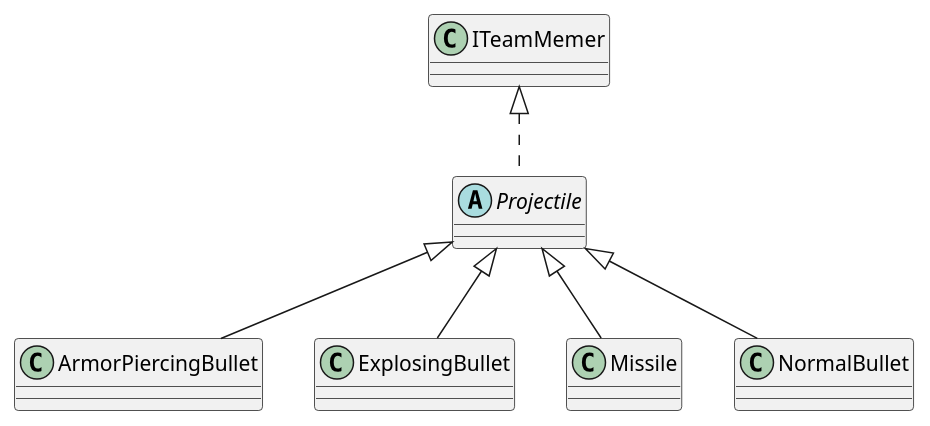
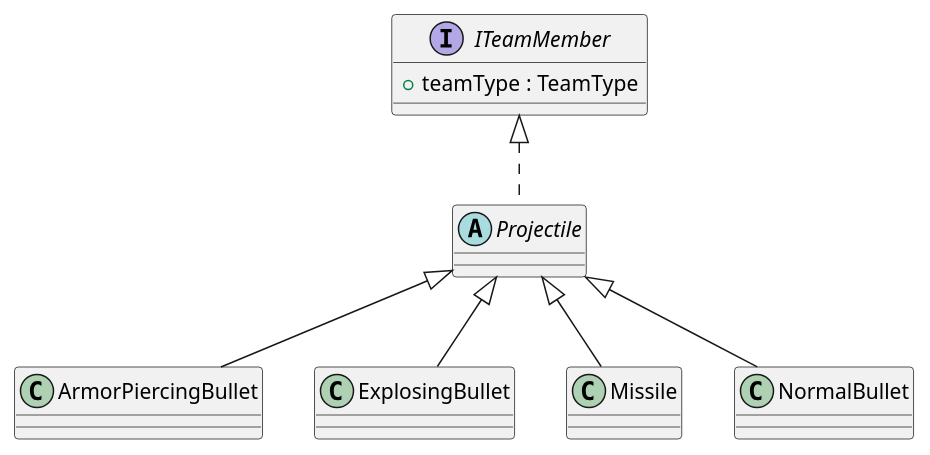
The diagram in Assets/Projectile.wsd (sung0822/GalaxyAdventure), drawn with PlantUML before and after one commit. The commit also changed 11 other files, not shown here.

Commit message:
PlantUML 이미지 생성

```diff
--- a/Assets/Projectile.wsd
+++ b/Assets/Projectile.wsd
@@ -1,34 +1,38 @@
 @startuml Projectile
+
+interface ITeamMember
+{
+    +teamType : TeamType
+}
 
 abstract class Projectile
 {
-
 }
 
 class ArmorPiercingBullet
 {
 
 }
 
 class ExplosingBullet
 {
 
 }
 
 class Missile
 {
 
 }
 
 class NormalBullet
 {
 
 }
 
-ITeamMemer <|.. Projectile
+ITeamMember <|.. Projectile
 Projectile <|-- NormalBullet
 Projectile <|-- ExplosingBullet
 Projectile <|-- Missile
 Projectile <|-- ArmorPiercingBullet
 
 @enduml
```
